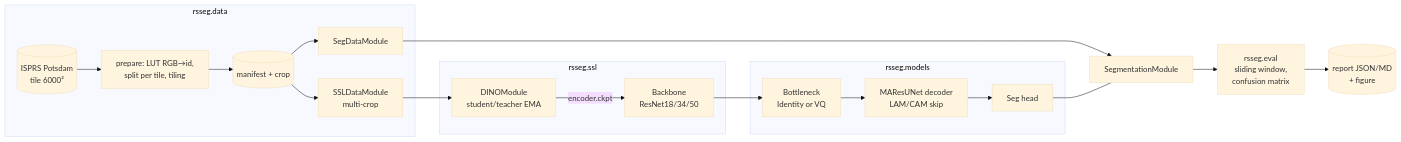
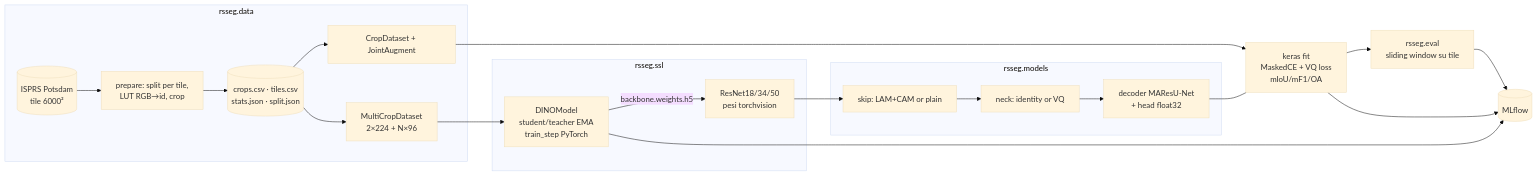
Before and after one commit to matteo-campana/tesi-magistrale-cs-2022-matteo-campana: the diagram in docs/ARCHITECTURE.md, drawn with Mermaid (base theme). The commit also changed other lines of this file and 53 other files, not shown here.

````diff
--- a/docs/ARCHITECTURE.md
+++ b/docs/ARCHITECTURE.md
@@ -23,25 +30,25 @@
 ```mermaid
 flowchart LR
     subgraph data[rsseg.data]
-        RAW[(ISPRS Potsdam<br/>tile 6000²)] --> PREP[prepare: LUT RGB→id,<br/>split per tile, tiling]
-        PREP --> MAN[(manifest + crop)]
-        MAN --> DMSEG[SegDataModule]
-        MAN --> DMSSL[SSLDataModule<br/>multi-crop]
+        RAW[(ISPRS Potsdam<br/>tile 6000²)] --> PREP[prepare: split per tile,<br/>LUT RGB→id, crop]
+        PREP --> MAN[(crops.csv · tiles.csv<br/>stats.json · split.json)]
+        MAN --> SEGDL[CropDataset + JointAugment]
+        MAN --> SSLDL[MultiCropDataset<br/>2×224 + N×96]
     end
 
     subgraph ssl[rsseg.ssl]
-        DMSSL --> DINO[DINOModule<br/>student/teacher EMA]
-        DINO -->|encoder.ckpt| BB
+        SSLDL --> DINO[DINOModel<br/>student/teacher EMA<br/>train_step PyTorch]
+        DINO -->|backbone.weights.h5| BB
     end
 
     subgraph models[rsseg.models]
-        BB[Backbone<br/>ResNet18/34/50] --> NECK[Bottleneck<br/>Identity or VQ]
-        NECK --> DEC[MAResUNet decoder<br/>LAM/CAM skip]
-        DEC --> HEAD[Seg head]
+        BB[ResNet18/34/50<br/>pesi torchvision] --> SKIP[skip: LAM+CAM or plain]
+        SKIP --> NECK[neck: identity or VQ]
+        NECK --> DEC[decoder MAResU-Net<br/>+ head float32]
     end
 
-    DMSEG --> SEG[SegmentationModule]
-    HEAD --- SEG
-    SEG --> EVAL[rsseg.eval<br/>sliding window,<br/>confusion matrix]
-    EVAL --> REP[(report JSON/MD<br/>+ figure)]
+    SEGDL --> FIT[keras fit<br/>MaskedCE + VQ loss<br/>mIoU/mF1/OA]
+    DEC --- FIT
+    FIT --> EVAL[rsseg.eval<br/>sliding window su tile]
+    FIT & DINO & EVAL --> MLF[(MLflow)]
 ```
````
